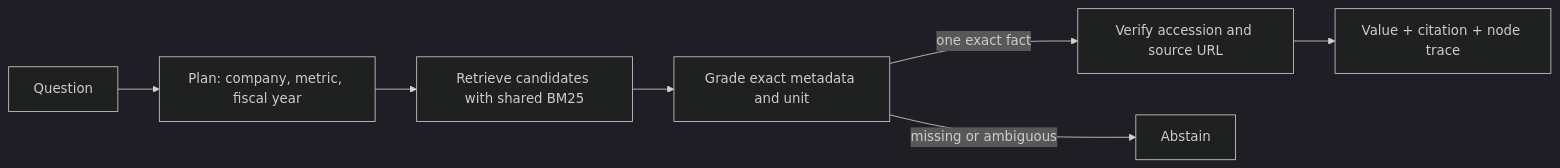
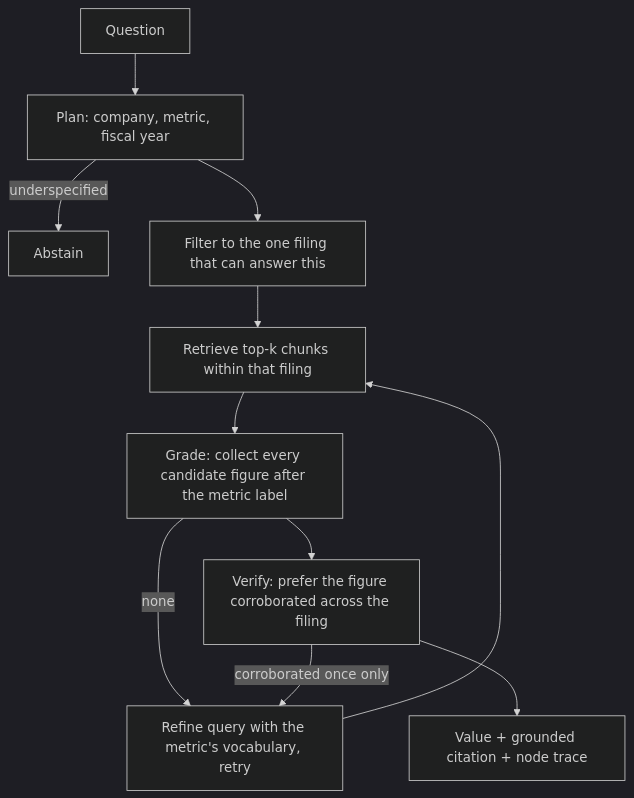
Before and after one commit to ingyukoh/agentic-rag-eval: the diagram in README.md, drawn with Mermaid (dark theme). The commit also changed other lines of this file and 15 other files, not shown here.

````diff
--- a/README.md
+++ b/README.md
@@ -36,9 +56,13 @@
 ```mermaid
-flowchart LR
+flowchart TD
     Q[Question] --> P[Plan: company, metric, fiscal year]
-    P --> R[Retrieve candidates with shared BM25]
-    R --> G[Grade exact metadata and unit]
-    G -->|one exact fact| V[Verify accession and source URL]
-    G -->|missing or ambiguous| A[Abstain]
-    V --> O[Value + citation + node trace]
+    P -->|underspecified| A[Abstain]
+    P --> F[Filter to the one filing that can answer this]
+    F --> R[Retrieve top-k chunks within that filing]
+    R --> G[Grade: collect every candidate figure after the metric label]
+    G -->|none| RF[Refine query with the metric's vocabulary, retry]
+    RF --> R
+    G --> V[Verify: prefer the figure corroborated across the filing]
+    V -->|corroborated once only| RF
+    V --> O[Value + grounded citation + node trace]
 ```
````
